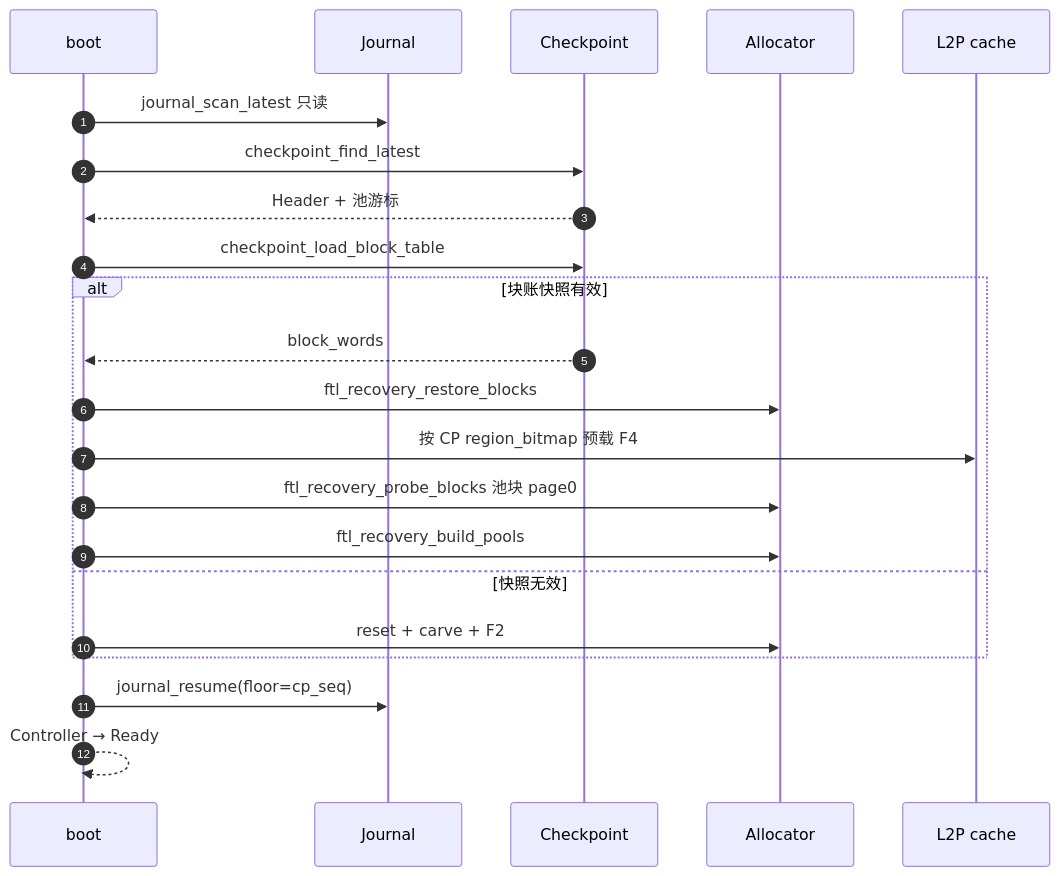
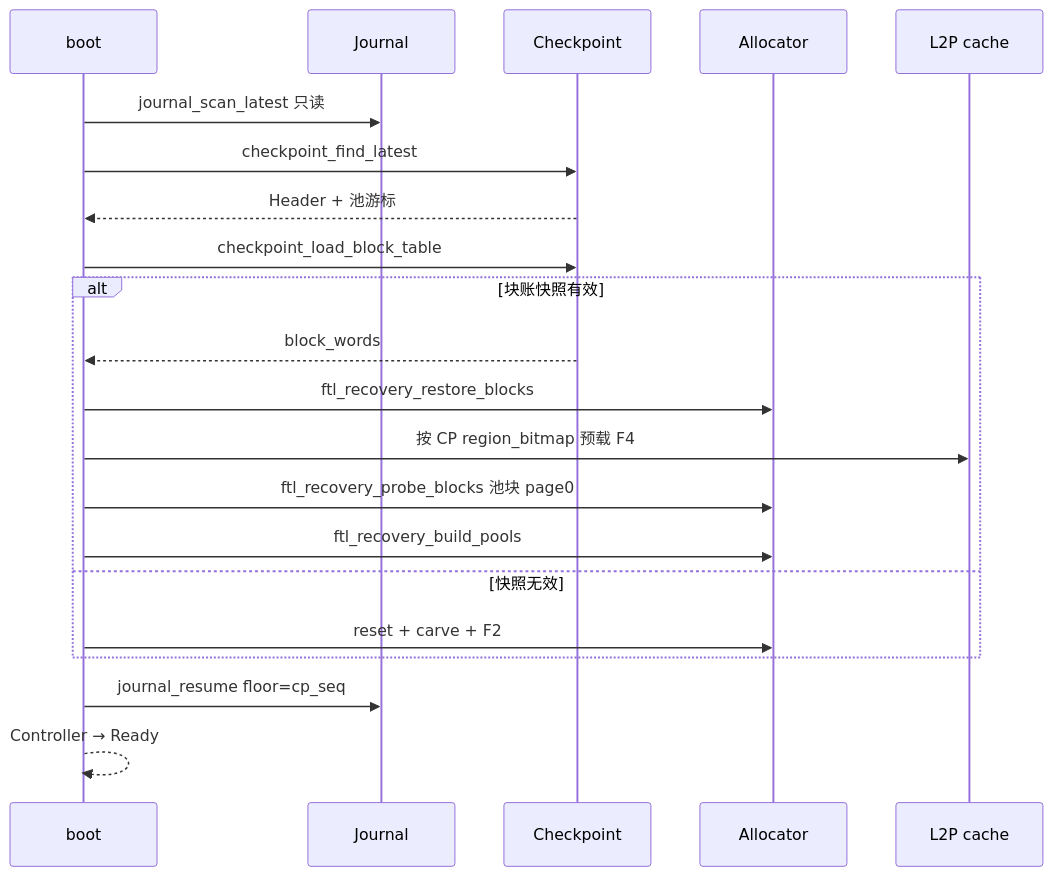
One commit to YzYMIAO/BASESSD changed diagram 20 of 28 in docs/design/ftl_design.md. Above: the diagram before and after it, drawn with Mermaid. The commit also changed other lines of this file, not shown here.

First line of the commit message:
docs(ftl): 补充推荐阅读顺序并清理 mermaid 序列图

````diff
--- a/docs/design/ftl_design.md
+++ b/docs/design/ftl_design.md
@@ -2789,25 +2824,24 @@
 ```mermaid
 sequenceDiagram
-    autonumber
     participant B as boot
     participant J as Journal
     participant C as Checkpoint
     participant A as Allocator
     participant L as L2P cache
 
     B->>J: journal_scan_latest 只读
     B->>C: checkpoint_find_latest
     C-->>B: Header + 池游标
     B->>C: checkpoint_load_block_table
     alt 块账快照有效
         C-->>B: block_words
         B->>A: ftl_recovery_restore_blocks
         B->>L: 按 CP region_bitmap 预载 F4
         B->>A: ftl_recovery_probe_blocks 池块 page0
         B->>A: ftl_recovery_build_pools
     else 快照无效
         B->>A: reset + carve + F2
     end
-    B->>J: journal_resume(floor=cp_seq)
+    B->>J: journal_resume floor=cp_seq
     B-->>B: Controller → Ready
 ```
````
